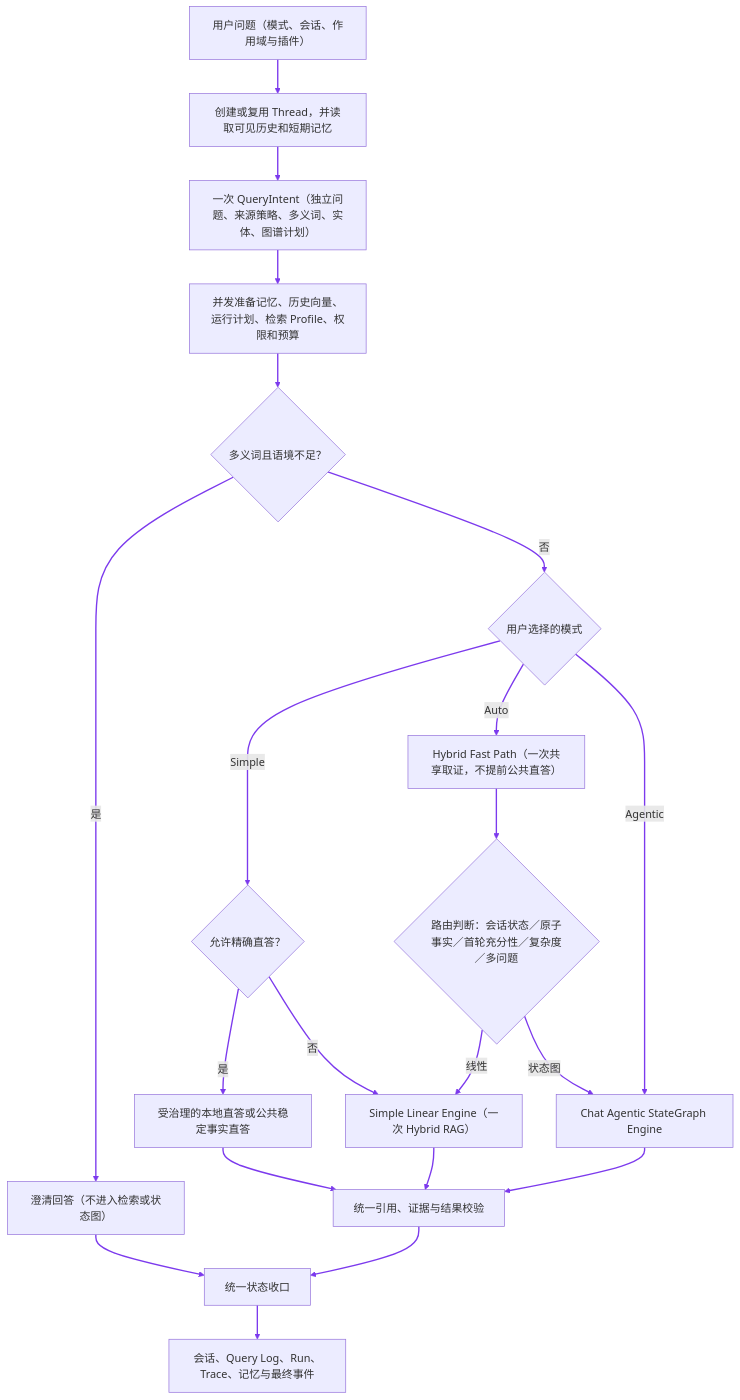
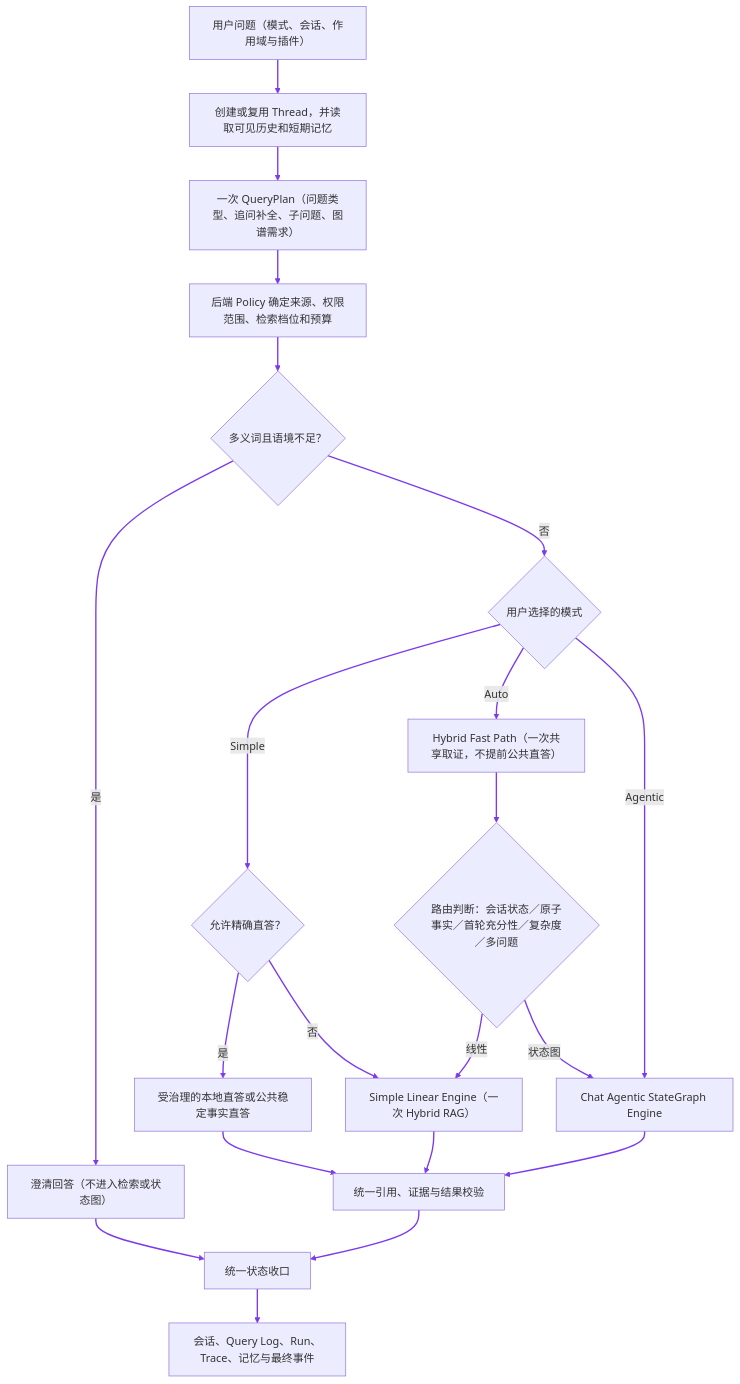
The third of 29 diagrams in docs/interview/功能步骤流程.md (monstereatai/RAG), drawn with Mermaid before and after one commit. The commit also changed other lines of this file and 224 other files, not shown here.

````diff
--- a/docs/interview/功能步骤流程.md
+++ b/docs/interview/功能步骤流程.md
@@ -187,24 +189,24 @@
 ```mermaid
 flowchart TB
   A[用户问题（模式、会话、作用域与插件）] --> B[创建或复用 Thread，并读取可见历史和短期记忆]
-  B --> C[一次 QueryIntent（独立问题、来源策略、多义词、实体、图谱计划）]
-  C --> D[并发准备记忆、历史向量、运行计划、检索 Profile、权限和预算]
+  B --> C[一次 QueryPlan（问题类型、追问补全、子问题、图谱需求）]
+  C --> D[后端 Policy 确定来源、权限范围、检索档位和预算]
   D --> E{多义词且语境不足？}
   E -->|是| F[澄清回答（不进入检索或状态图）]
   E -->|否| G{用户选择的模式}
   G -->|Simple| H{允许精确直答？}
   H -->|是| I[受治理的本地直答或公共稳定事实直答]
   H -->|否| J[Simple Linear Engine（一次 Hybrid RAG）]
   G -->|Auto| K[Hybrid Fast Path（一次共享取证，不提前公共直答）]
   K --> L{路由判断：会话状态／原子事实／首轮充分性／复杂度／多问题}
   L -->|线性| J
   L -->|状态图| M[Chat Agentic StateGraph Engine]
   G -->|Agentic| M
   I --> N[统一引用、证据与结果校验]
   J --> N
   M --> N
   F --> O[统一状态收口]
   N --> O
   O --> P[会话、Query Log、Run、Trace、记忆与最终事件]
   linkStyle 0,1,2,3,4,5,6,7,8,9,10,11,12,13,14,15,16,17,18,19 stroke:#7c3aed,stroke-width:2px
 ```
````
